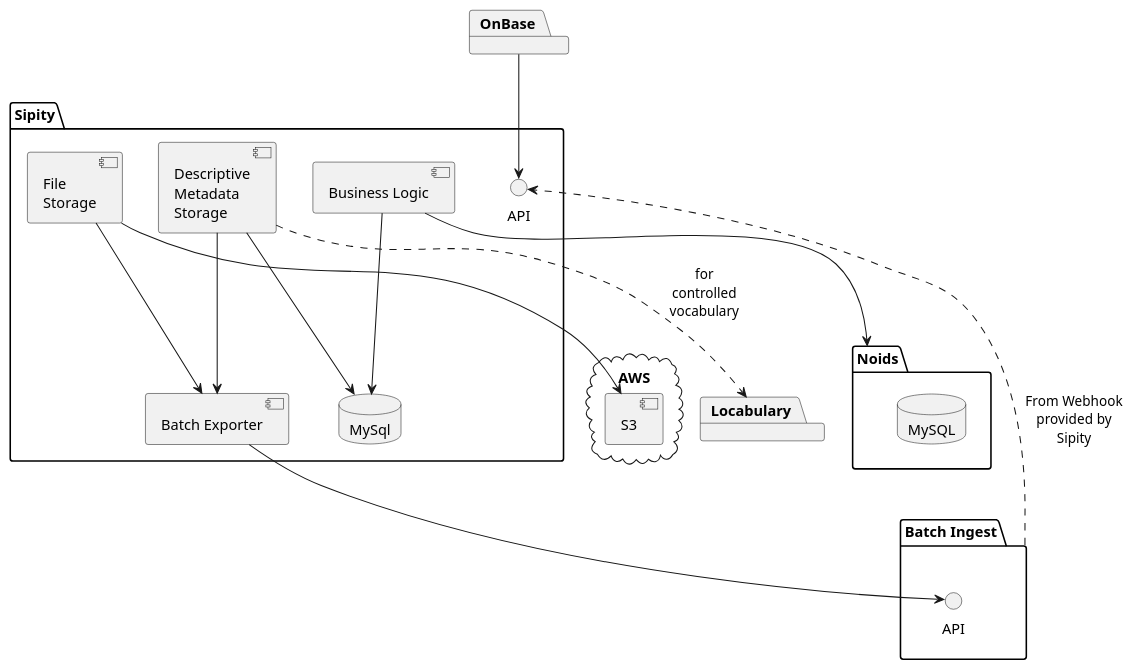
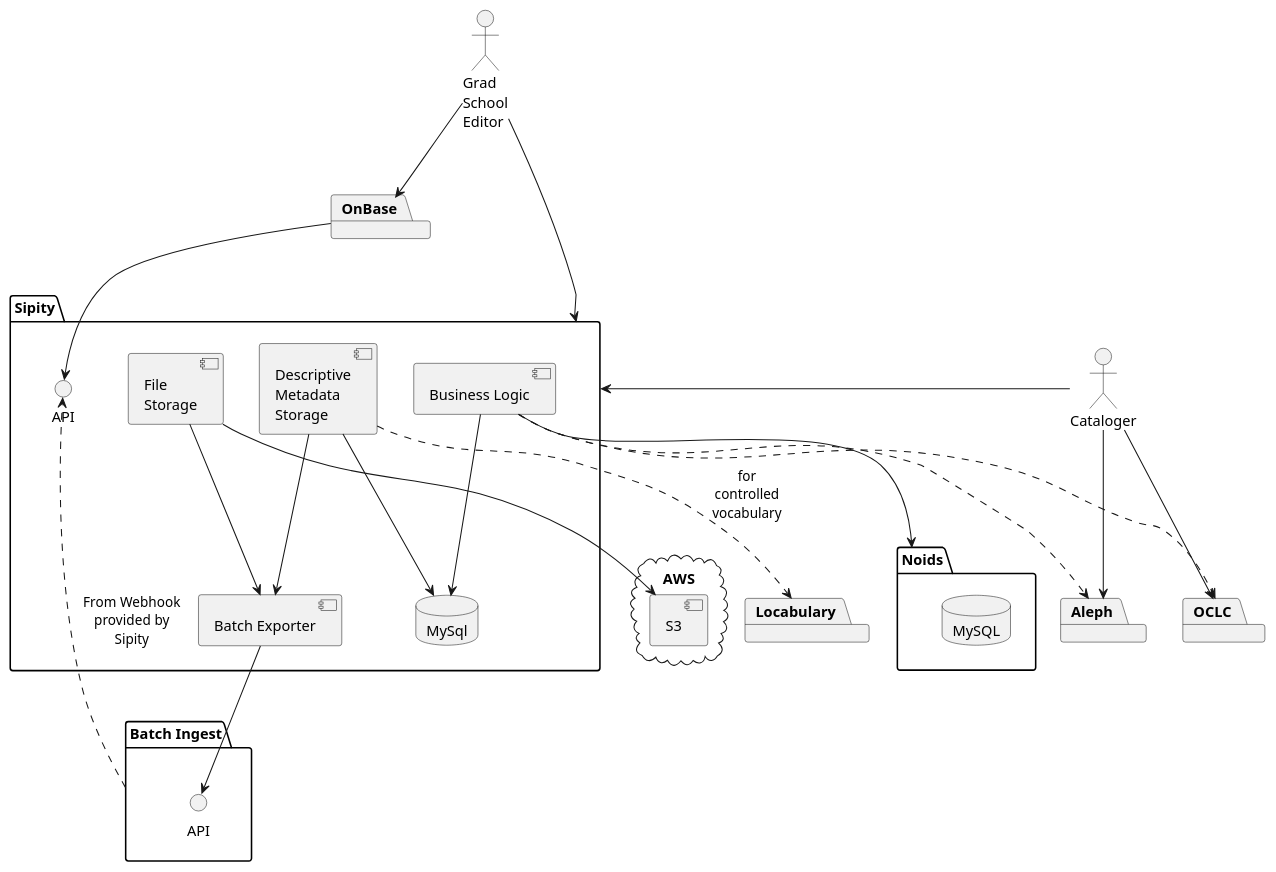
One commit to ndlib/dam-ecosystem-mapping changed the diagram in plantuml/sipity.puml. Above: the diagram before and after it, drawn with PlantUML. The commit also changed 8 other files, not shown here.

```diff
--- a/plantuml/sipity.puml
+++ b/plantuml/sipity.puml
@@ -10,40 +10,55 @@
 @startuml
 
 package "Sipity" {
   component "File\nStorage" as SipityFS
   component "Descriptive\nMetadata\nStorage" as SipityDMS
   component "Batch Exporter" as SipityBE
   component "Business Logic" as SipityBL
   interface "API" as SipityAPI
   database "MySql"
 
 }
+actor "Cataloger"
+actor "Grad\nSchool\nEditor" as GradSchoolEditor
 
 package "Batch Ingest" as Batch {
   interface "API" as BatchAPI
 }
 
 package Noids {
   database MySQL as MySQLNoids
 }
+
+package OCLC
+package Aleph
 
 package OnBase
 
 package Locabulary
 SipityDMS ..> Locabulary : "for\ncontrolled\nvocabulary"
 
 cloud "AWS" {
   component S3
 }
 
 SipityFS --> S3
 SipityDMS --> MySql
 SipityBE --> BatchAPI
 SipityFS --> SipityBE
 SipityDMS --> SipityBE
 Batch ..> SipityAPI : "From Webhook\nprovided by\nSipity"
 SipityBL --> MySql
 SipityBL --> Noids
 OnBase --> SipityAPI
+SipityBL ..> Aleph
+SipityBL ..> OCLC
+
+
+GradSchoolEditor --> OnBase
+GradSchoolEditor --> Sipity
+Cataloger --> Sipity
+Cataloger --> Aleph
+Cataloger --> OCLC
+
 
 @enduml
```
